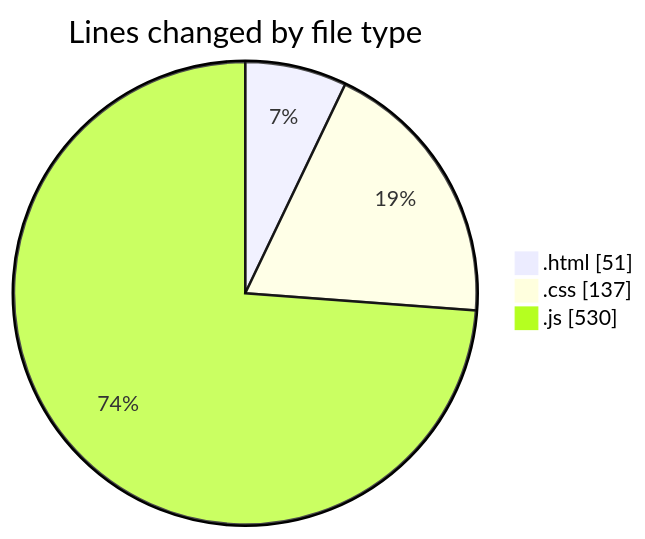
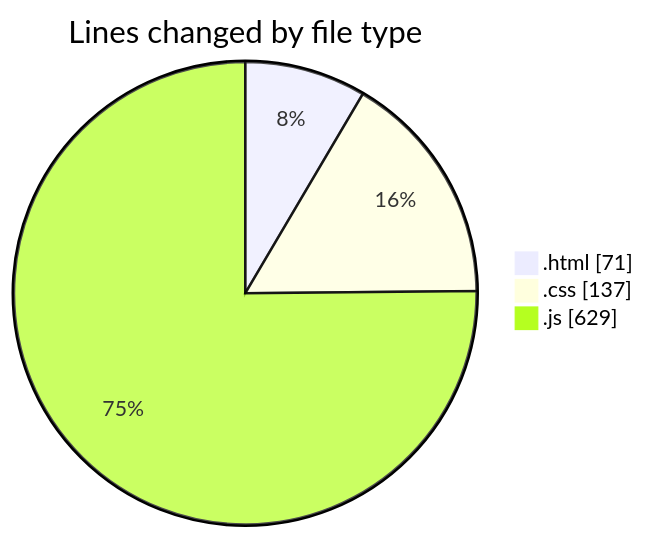
Before and after one commit to robertbonfada/code-tracking: the first of 2 diagrams in 2025-03-03/snake-game/README.md, drawn with Mermaid. The commit also changed other lines of this file and 1 other file, not shown here.

````diff
--- a/2025-03-03/snake-game/README.md
+++ b/2025-03-03/snake-game/README.md
@@ -23,7 +23,7 @@
 ```mermaid
 pie showData
 title Lines changed by file type
-".html" : 51
+".html" : 71
 ".css" : 137
-".js" : 530
+".js" : 629
 ```
````
